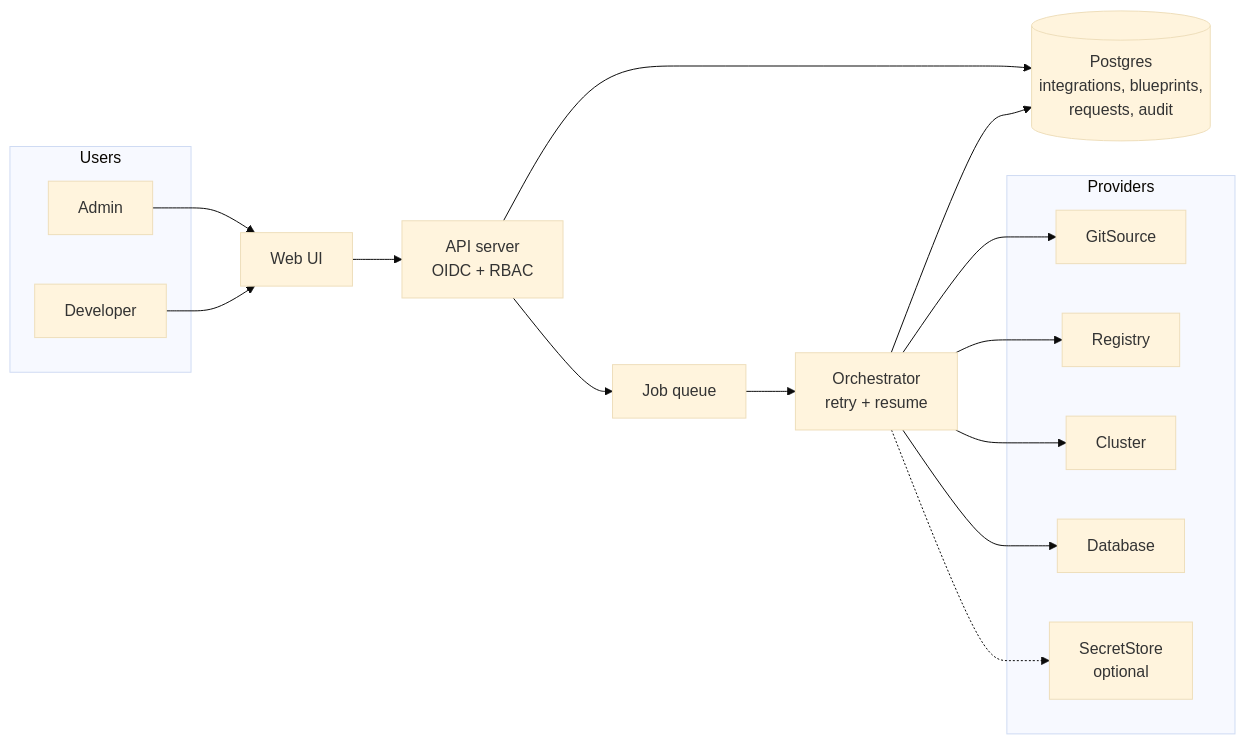
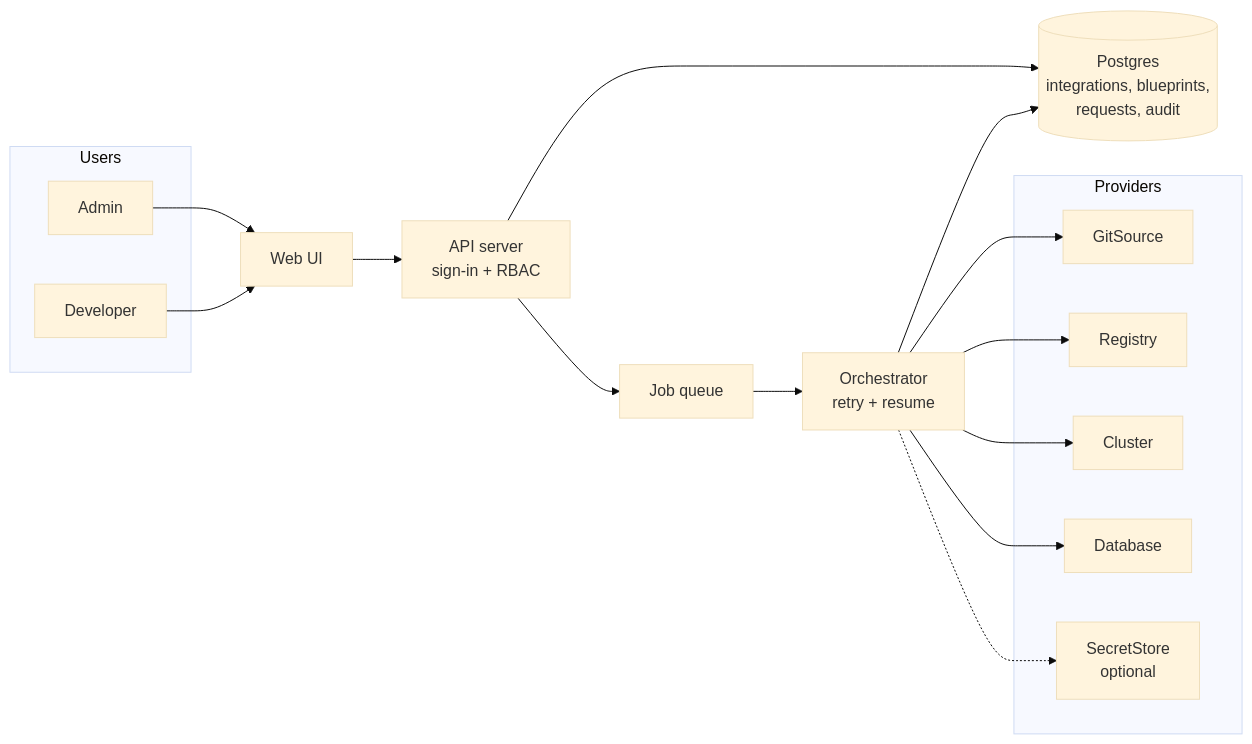
Before and after one commit to getplinth/plinth: the first of 4 diagrams in docs/architecture.md, drawn with Mermaid (base theme). The commit also changed other lines of this file and 53 other files, not shown here.

````diff
--- a/docs/architecture.md
+++ b/docs/architecture.md
@@ -9,31 +9,31 @@
 ```mermaid
 flowchart LR
   subgraph Users
     A[Admin]
     D[Developer]
   end
   UI[Web UI]
-  API[API server<br/>OIDC + RBAC]
+  API[API server<br/>sign-in + RBAC]
   DB[(Postgres<br/>integrations, blueprints,<br/>requests, audit)]
   Q[Job queue]
   O[Orchestrator<br/>retry + resume]
   subgraph Providers
     G[GitSource]
     R[Registry]
     C[Cluster]
     S[Database]
     V[SecretStore<br/>optional]
   end
   A --> UI
   D --> UI
   UI --> API
   API --> DB
   API --> Q
   Q --> O
   O --> DB
   O --> G
   O --> R
   O --> C
   O --> S
   O -.-> V
 ```
````
